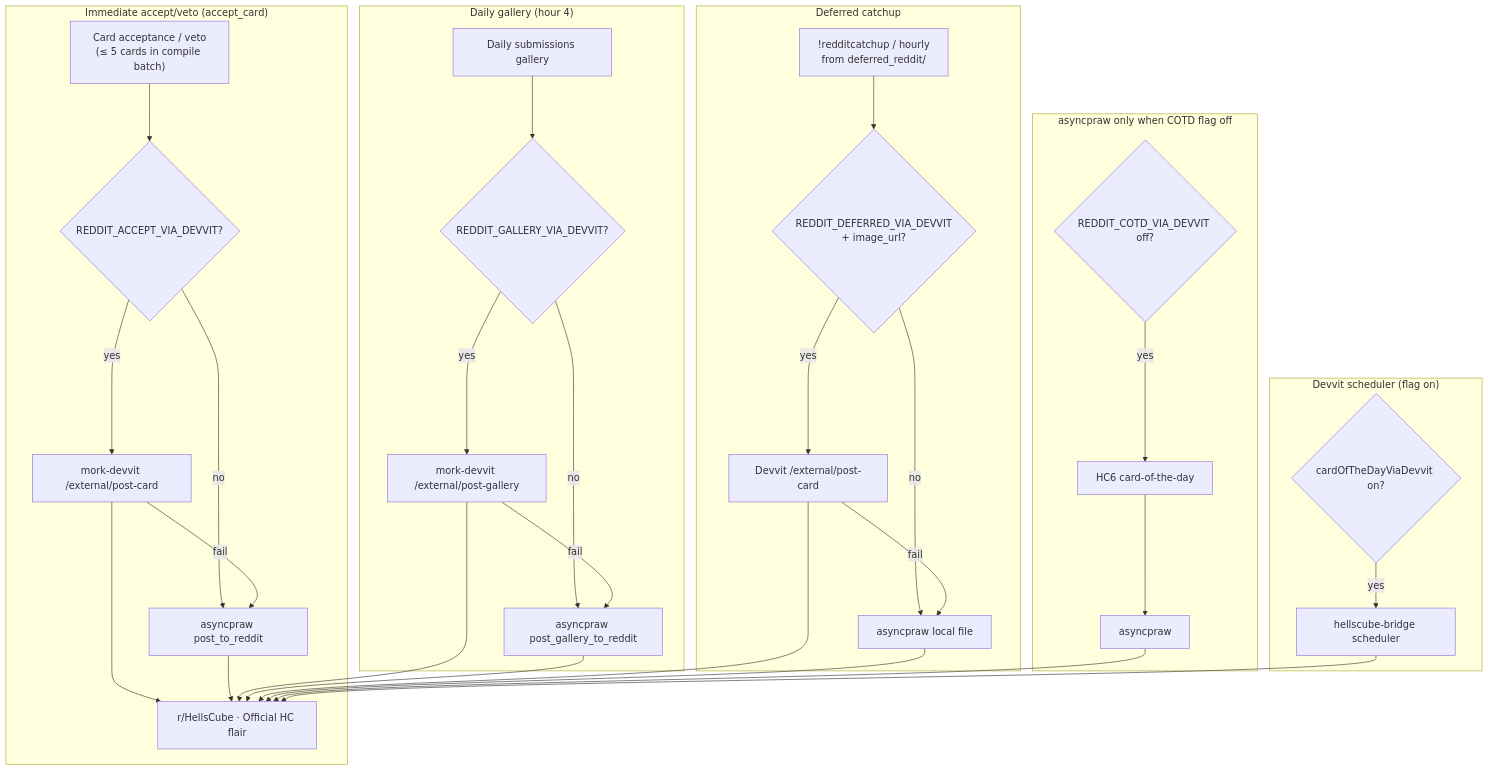
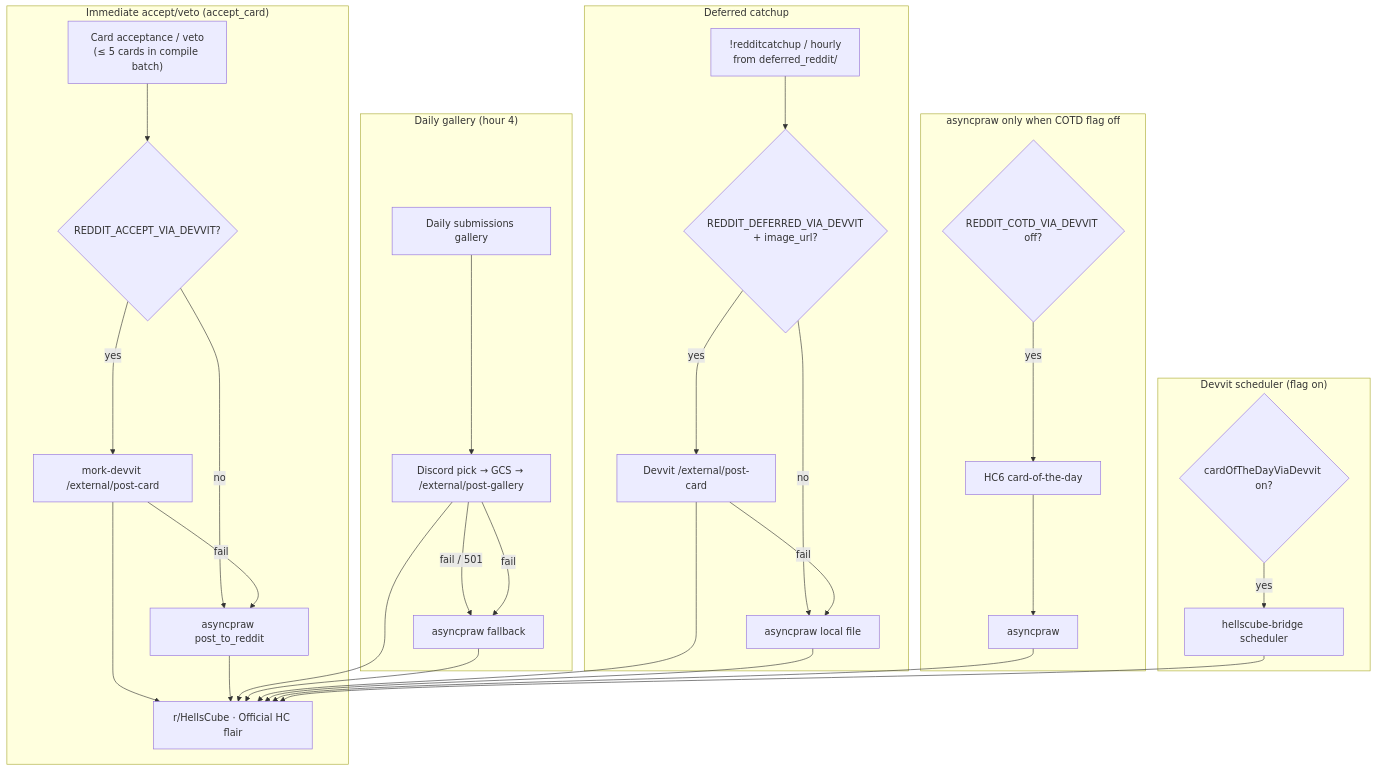
Before and after one commit to bones-bones/mork: the third of 4 diagrams in docs/card-flows/background.md, drawn with Mermaid. The commit also changed other lines of this file and 13 other files, not shown here.

First line of the commit message:
Daily gallery: Discord pick → GCS → Devvit (#186)

````diff
--- a/docs/card-flows/background.md
+++ b/docs/card-flows/background.md
@@ -70,39 +70,38 @@
 ```mermaid
 flowchart TD
   subgraph immediate["Immediate accept/veto (accept_card)"]
     ACC["Card acceptance / veto<br/>(≤ 5 cards in compile batch)"] --> FLAG{"REDDIT_ACCEPT_VIA_DEVVIT?"}
     FLAG -->|yes| DEV["mork-devvit /external/post-card"]
     FLAG -->|no| PRAW1["asyncpraw post_to_reddit"]
     DEV -->|fail| PRAW1
     DEV --> RED["r/HellsCube · Official HC flair"]
     PRAW1 --> RED
   end
 
   subgraph gallery["Daily gallery (hour 4)"]
-    GAL["Daily submissions gallery"] --> GFLAG{"REDDIT_GALLERY_VIA_DEVVIT?"}
-    GFLAG -->|yes| GDEV["mork-devvit /external/post-gallery"]
-    GFLAG -->|no| PRAWG["asyncpraw post_gallery_to_reddit"]
+    GAL["Daily submissions gallery"] --> GDEV["Discord pick → GCS → /external/post-gallery"]
+    GDEV -->|fail / 501| PRAWG["asyncpraw fallback"]
     GDEV -->|fail| PRAWG
     GDEV --> RED
     PRAWG --> RED
   end
 
   subgraph deferred["Deferred catchup"]
     RC["!redditcatchup / hourly<br/>from deferred_reddit/"] --> DFLAG{"REDDIT_DEFERRED_VIA_DEVVIT<br/>+ image_url?"}
     DFLAG -->|yes| DDEV["Devvit /external/post-card"]
     DFLAG -->|no| PRAW2["asyncpraw local file"]
     DDEV -->|fail| PRAW2
     DDEV --> RED
     PRAW2 --> RED
   end
 
   subgraph asyncpraw_only["asyncpraw only when COTD flag off"]
     COTD_FLAG{"REDDIT_COTD_VIA_DEVVIT off?"} -->|yes| COTD["HC6 card-of-the-day"] --> PRAW3["asyncpraw"]
     PRAW3 --> RED
   end
 
   subgraph devvit_scheduled["Devvit scheduler (flag on)"]
     COTD_FLAG2{"cardOfTheDayViaDevvit on?"} -->|yes| DEV2["hellscube-bridge scheduler"]
     DEV2 --> RED
   end
 ```
````
